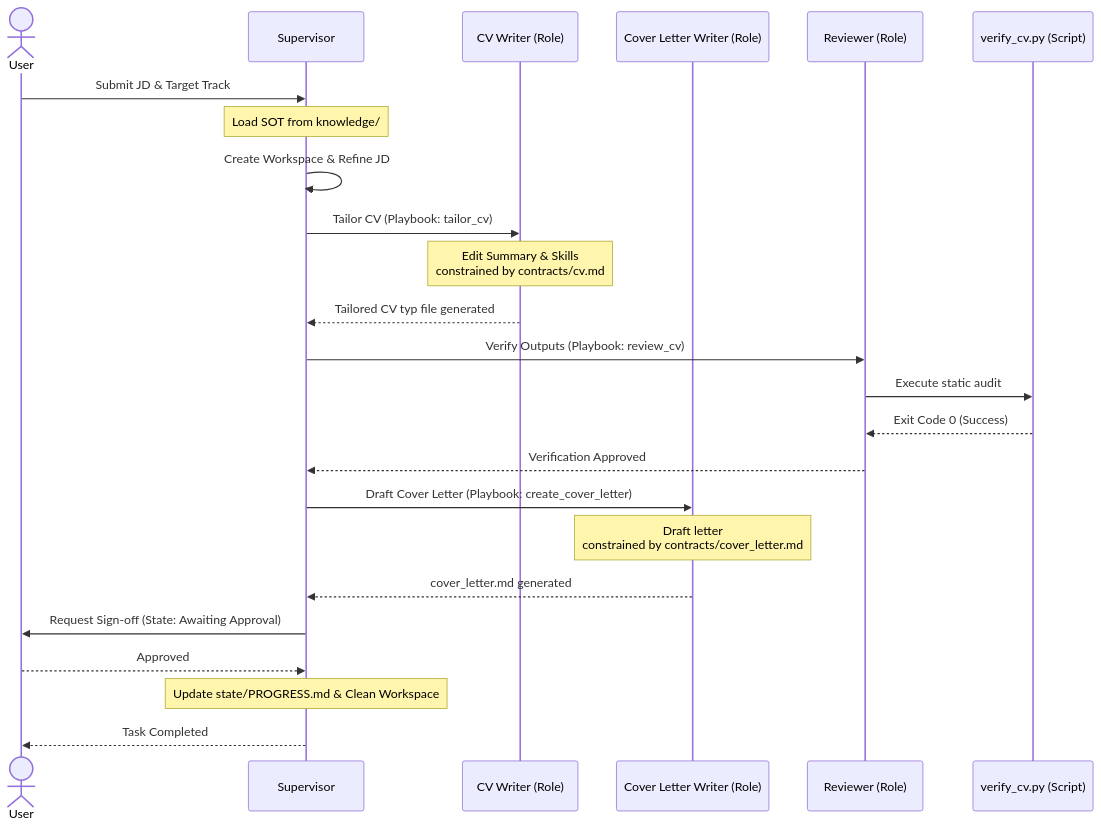
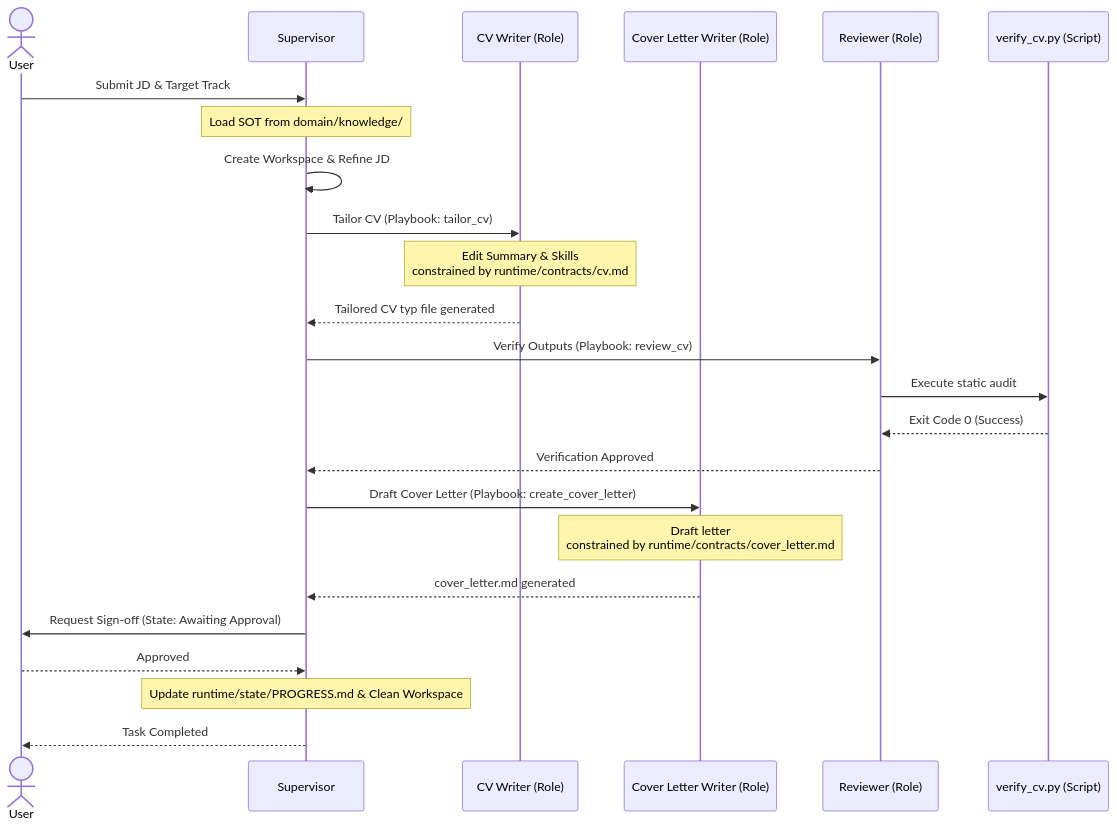
Before and after one commit to hoangf384/lazycv: the first of 3 diagrams in runtime/ARCHITECTURE.md, drawn with Mermaid. The commit also changed other lines of this file and 11 other files, not shown here.

````diff
--- a/runtime/ARCHITECTURE.md
+++ b/runtime/ARCHITECTURE.md
@@ -11,27 +11,27 @@
 ```mermaid
 sequenceDiagram
     actor User
     participant Supervisor
     participant CVWriter as CV Writer (Role)
     participant CLWriter as Cover Letter Writer (Role)
     participant Reviewer as Reviewer (Role)
     participant VerifierScript as verify_cv.py (Script)
 
     User->>Supervisor: Submit JD & Target Track
-    Note over Supervisor: Load SOT from knowledge/
+    Note over Supervisor: Load SOT from domain/knowledge/
     Supervisor->>Supervisor: Create Workspace & Refine JD
     Supervisor->>CVWriter: Tailor CV (Playbook: tailor_cv)
-    Note over CVWriter: Edit Summary & Skills<br/>constrained by contracts/cv.md
+    Note over CVWriter: Edit Summary & Skills<br/>constrained by runtime/contracts/cv.md
     CVWriter-->>Supervisor: Tailored CV typ file generated
     Supervisor->>Reviewer: Verify Outputs (Playbook: review_cv)
     Reviewer->>VerifierScript: Execute static audit
     VerifierScript-->>Reviewer: Exit Code 0 (Success)
     Reviewer-->>Supervisor: Verification Approved
     Supervisor->>CLWriter: Draft Cover Letter (Playbook: create_cover_letter)
-    Note over CLWriter: Draft letter<br/>constrained by contracts/cover_letter.md
+    Note over CLWriter: Draft letter<br/>constrained by runtime/contracts/cover_letter.md
     CLWriter-->>Supervisor: cover_letter.md generated
     Supervisor->>User: Request Sign-off (State: Awaiting Approval)
     User-->>Supervisor: Approved
-    Note over Supervisor: Update state/PROGRESS.md & Clean Workspace
+    Note over Supervisor: Update runtime/state/PROGRESS.md & Clean Workspace
     Supervisor-->>User: Task Completed
 ```
````
